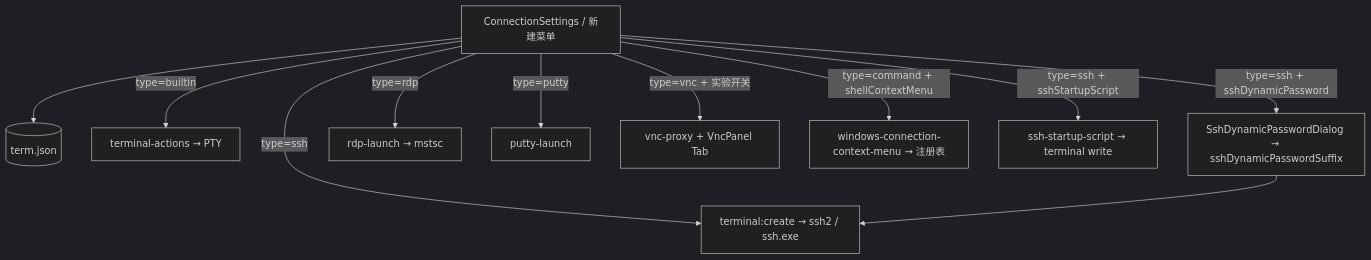
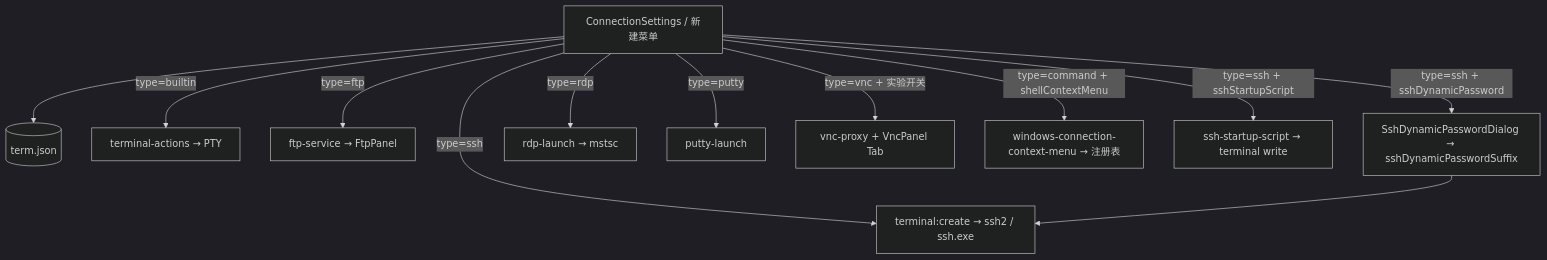
The first of 5 diagrams in docs/功能连接管理.md (Landers1037/NioZy), drawn with Mermaid (dark theme) before and after one commit. The commit also changed other lines of this file and 34 other files, not shown here.

Commit message:
feat: support ftp panel feat: use native telnet lib and ftp lib

````diff
--- a/docs/功能连接管理.md
+++ b/docs/功能连接管理.md
@@ -33,16 +35,17 @@
 ```mermaid
 flowchart TB
   List["ConnectionSettings / 新建菜单"]
   termjson[("term.json")]
   List --> termjson
 
   List -->|type=builtin| Local["terminal-actions → PTY"]
   List -->|type=ssh| SSH["terminal:create → ssh2 / ssh.exe"]
+  List -->|type=ftp| FTP["ftp-service → FtpPanel"]
   List -->|type=ssh + sshDynamicPassword| DynPwd["SshDynamicPasswordDialog → sshDynamicPasswordSuffix"]
   List -->|type=rdp| RDP["rdp-launch → mstsc"]
   List -->|type=putty| PuTTY["putty-launch"]
   List -->|type=vnc + 实验开关| VNC["vnc-proxy + VncPanel Tab"]
   List -->|type=command + shellContextMenu| Reg["windows-connection-context-menu → 注册表"]
   List -->|type=ssh + sshStartupScript| Script["ssh-startup-script → terminal write"]
   DynPwd --> SSH
 ```
````
